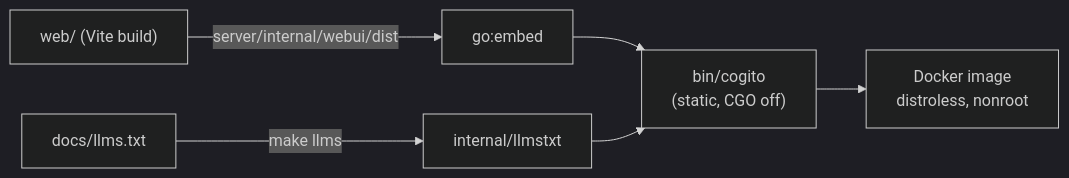
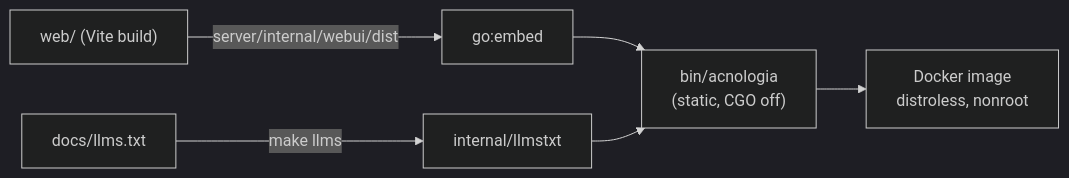
One commit to sidharthpunathil/acnologia changed the fifth of 6 diagrams in server/internal/docsmd/files/architecture.md. Above: the diagram before and after it, drawn with Mermaid (dark theme). The commit also changed other lines of this file and 43 other files, not shown here.

````diff
--- a/server/internal/docsmd/files/architecture.md
+++ b/server/internal/docsmd/files/architecture.md
@@ -258,8 +265,8 @@
 ```mermaid
 flowchart LR
     Web["web/ (Vite build)"] -->|"server/internal/webui/dist"| Embed["go:embed"]
     LLMS["docs/llms.txt"] -->|"make llms"| Embed2["internal/llmstxt"]
-    Embed --> Bin["bin/cogito<br/>(static, CGO off)"]
+    Embed --> Bin["bin/acnologia<br/>(static, CGO off)"]
     Embed2 --> Bin
     Bin --> Img["Docker image<br/>distroless, nonroot"]
 ```
````
